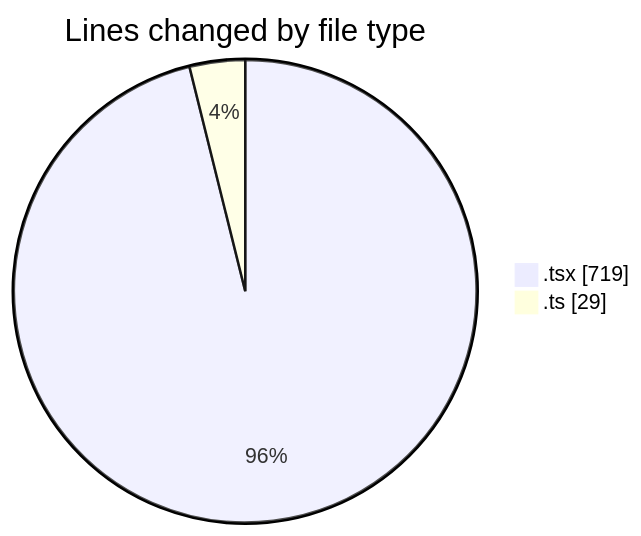
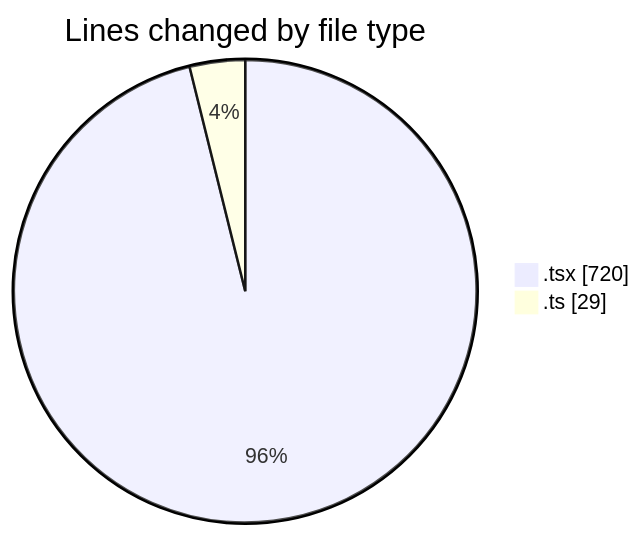
The first of 2 diagrams in 2026-04-07/airfeed-analytics-dashboard/README.md (nxtqubesakshisongat/code-tracking), drawn with Mermaid before and after one commit. The commit also changed other lines of this file and 1 other file, not shown here.

````diff
--- a/2026-04-07/airfeed-analytics-dashboard/README.md
+++ b/2026-04-07/airfeed-analytics-dashboard/README.md
@@ -27,6 +27,6 @@
 ```mermaid
 pie showData
 title Lines changed by file type
-".tsx" : 719
+".tsx" : 720
 ".ts" : 29
 ```
````
